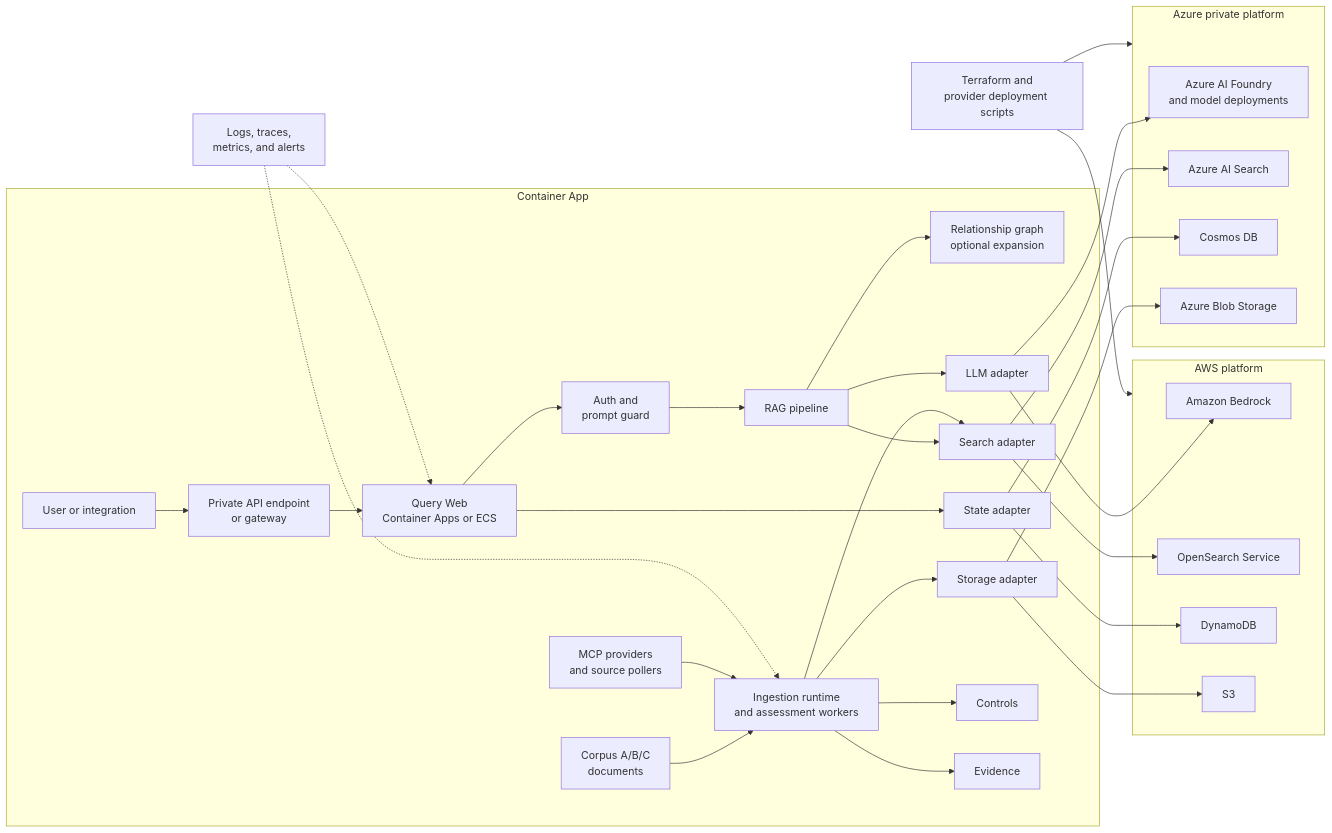
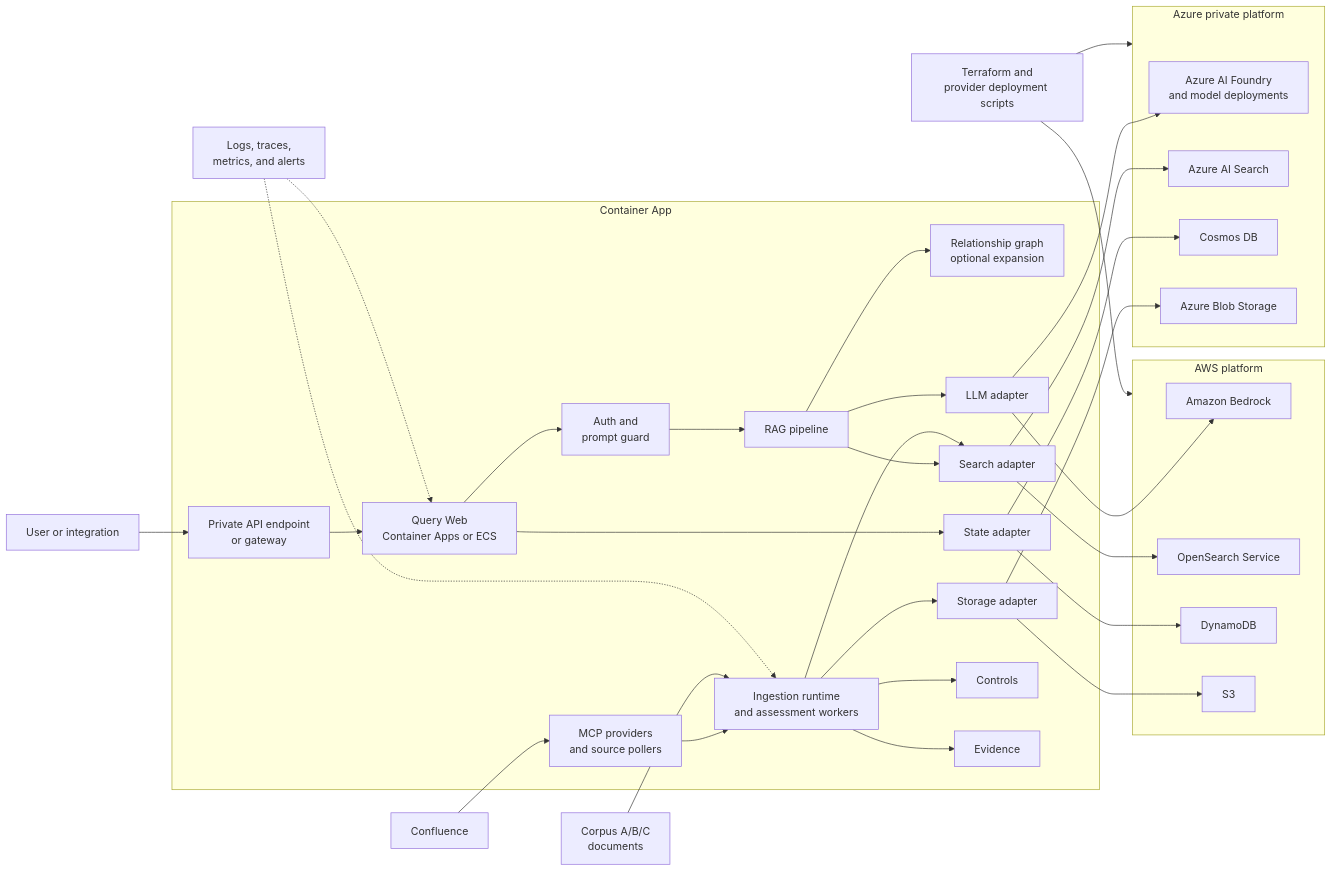
Before and after one commit to AndyArch11/sc3-Azure-Foundry-RAG: the second of 2 diagrams in README.md, drawn with Mermaid. The commit also changed other lines of this file and 1 other file, not shown here.

Commit message:
Minor README updates following github transfer and local devcontainer rebuild to verify local clone

````diff
--- a/README.md
+++ b/README.md
@@ -188,63 +188,61 @@
 ```mermaid
-flowchart LR
-    
-    User[User or integration]  
-    Sources[Corpus A/B/C\ndocuments]  
+flowchart LR 
 
     subgraph Container[Container App]
         Security[Auth and\nprompt guard]
         RAG[RAG pipeline]
         Graph[Relationship graph\noptional expansion]
         Ingest[Ingestion runtime\nand assessment workers]
         Poller[MCP providers\nand source pollers]
         API[Private API endpoint\nor gateway]
         Query[Query Web\nContainer Apps or ECS]
         Model[LLM adapter]
         Search[Search adapter]
         State[State adapter]
         Storage[Storage adapter]
-        User --> API
         API --> Query
         Query --> Security
         Security --> RAG
         RAG --> Graph
-        Sources --> Ingest
         Poller --> Ingest
         Ingest --> Controls
         Ingest --> Evidence
         RAG --> Search
         RAG --> Model
         Query --> State
         Ingest --> Storage
         Ingest --> Search
     end
 
 
 
     subgraph Azure[Azure private platform]
         Foundry[Azure AI Foundry\nand model deployments]
         AzureSearch[Azure AI Search]
         Cosmos[Cosmos DB]
         AzureBlob[Azure Blob Storage]
         Model --> Foundry
         Search --> AzureSearch
         State --> Cosmos
         Storage --> AzureBlob
     end
 
     subgraph AWS[AWS platform]
         Bedrock[Amazon Bedrock]
         OpenSearch[OpenSearch Service]
         Dynamo[DynamoDB]
         S3[S3]
         Model --> Bedrock
         Search --> OpenSearch
         State --> Dynamo
         Storage --> S3
     end
-
+    
+    User[User or integration] --> API
+    Confluence[Confluence] --> Poller
+    Sources[Corpus A/B/C\ndocuments] --> Ingest
     Terraform[Terraform and\nprovider deployment scripts] --> Azure
     Terraform --> AWS
     Observability[Logs, traces,\nmetrics, and alerts] -.-> Query
     Observability -.-> Ingest
 ```
````
